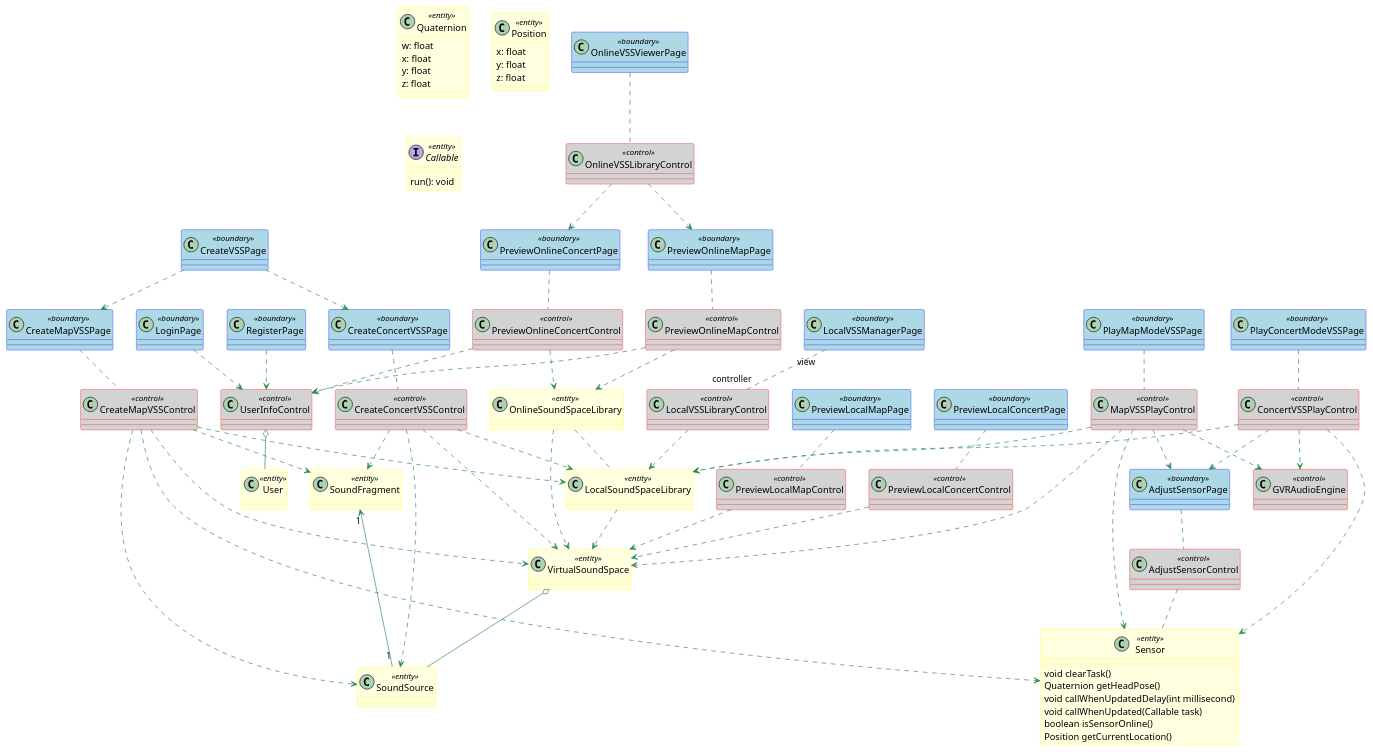
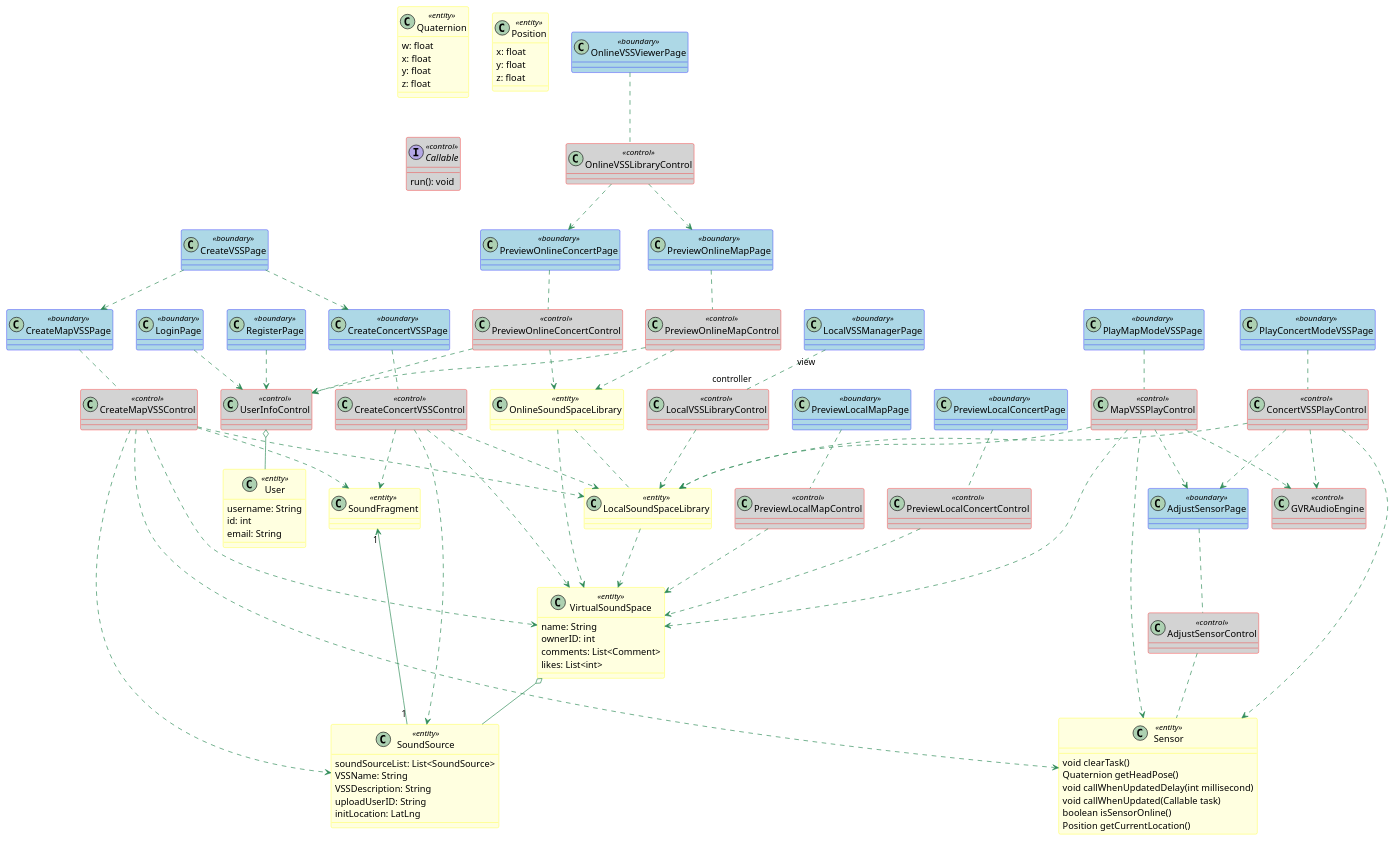
One commit to kpp19920121/doc changed the diagram in 设计/对象模型.md. Above: the diagram before and after it, drawn with PlantUML. The commit also changed other lines of this file and 8 other files, not shown here.

```diff
--- a/设计/对象模型.md
+++ b/设计/对象模型.md
@@ -81,12 +88,12 @@
 	z: float
 }
 
-interface Callable <<entity>> {
-	run(): void
-}
+
 
 class User <<entity>> {
-
+	username: String
+	id: int
+	email: String
 }
 class LocalSoundSpaceLibrary <<entity>> {
 
@@ -100,10 +107,17 @@
 	Position getCurrentLocation()
 }
 class VirtualSoundSpace <<entity>> {
-
+	name: String
+	ownerID: int
+	comments: List<Comment>
+	likes: List<int>
 }
 class SoundSource <<entity>> {
-
+	soundSourceList: List<SoundSource>
+	VSSName: String
+	VSSDescription: String
+	uploadUserID: String
+	initLocation: LatLng
 }
 class OnlineSoundSpaceLibrary <<entity>> {
 
@@ -117,6 +131,9 @@
 ' Entity Ends
 ' ======
 ' Control Begins
+interface Callable <<control>>{
+	run(): void
+}
 class UserInfoControl <<control>> {
 
 }
```
